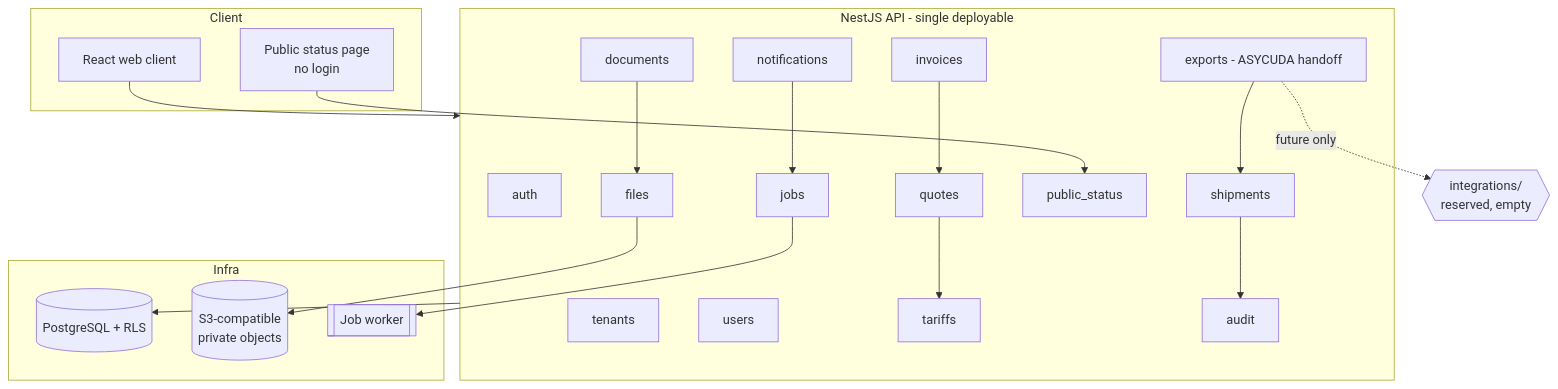
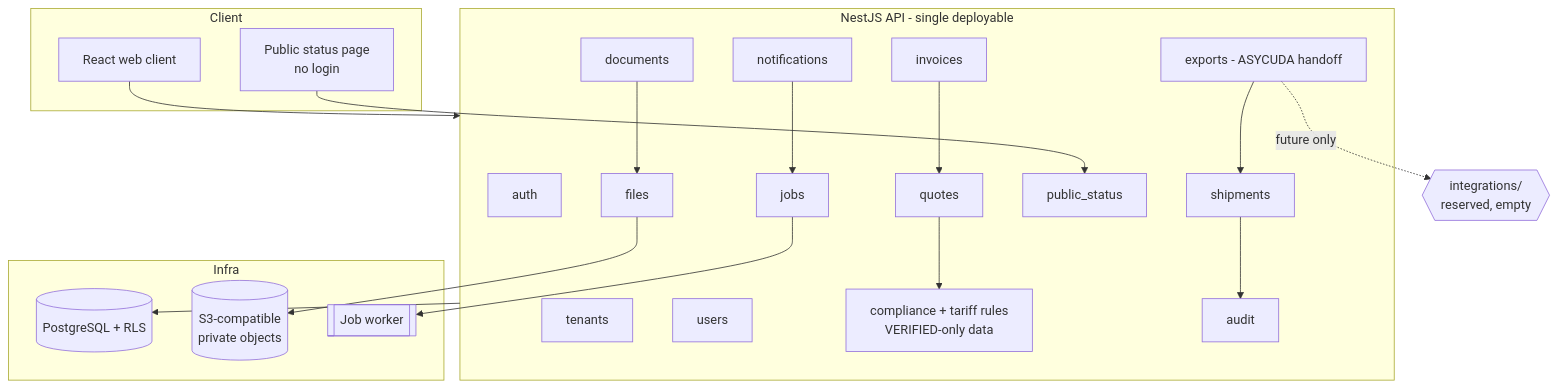
The first of 2 diagrams in ARCHITECTURE.md (mwemmz/z-clear), drawn with Mermaid before and after one commit. The commit also changed 8 other files, not shown here.

````diff
--- a/ARCHITECTURE.md
+++ b/ARCHITECTURE.md
@@ -27,45 +27,45 @@
 ```mermaid
 flowchart TB
   subgraph Client
     WEB[React web client]
     PUB[Public status page<br/>no login]
   end
 
   subgraph API[NestJS API - single deployable]
     AUTH[auth]
     TEN[tenants]
     USR[users]
     SHP[shipments]
     DOC[documents]
     FIL[files]
-    TAR[tariffs]
+    TAR[compliance + tariff rules<br/>VERIFIED-only data]
     QUO[quotes]
     INV[invoices]
     EXP[exports - ASYCUDA handoff]
     NOT[notifications]
     PS[public_status]
     AUD[audit]
     JOB[jobs]
   end
 
   subgraph Infra
     PG[(PostgreSQL + RLS)]
     OBJ[(S3-compatible<br/>private objects)]
     WRK[[Job worker]]
   end
 
   BOUND{{integrations/<br/>reserved, empty}}
 
   WEB --> API
   PUB --> PS
   SHP --> AUD
   DOC --> FIL
   QUO --> TAR
   INV --> QUO
   EXP --> SHP
   NOT --> JOB
   JOB --> WRK
   API --> PG
   FIL --> OBJ
   EXP -. future only .-> BOUND
 ```
````
